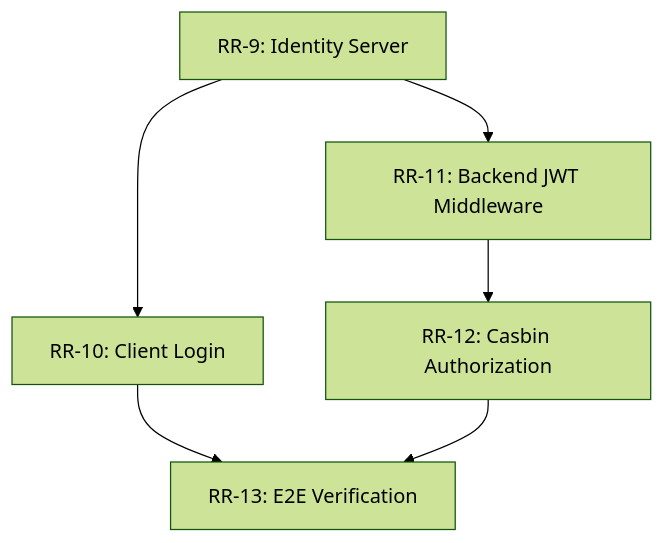
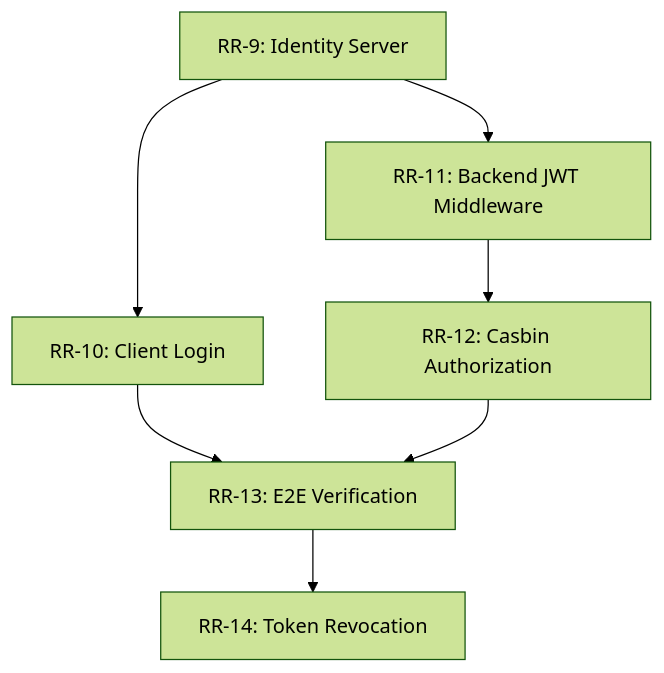
Before and after one commit to dungxbuif/RuntimeRoasters: the diagram in docs/business/sprint2/main.md, drawn with Mermaid (forest theme). The commit also changed other lines of this file and 18 other files, not shown here.

````diff
--- a/docs/business/sprint2/main.md
+++ b/docs/business/sprint2/main.md
@@ -27,8 +28,9 @@
 ```mermaid
 graph TD
     RR9[RR-9: Identity Server] --> RR10[RR-10: Client Login]
     RR9 --> RR11[RR-11: Backend JWT Middleware]
     RR11 --> RR12[RR-12: Casbin Authorization]
     RR10 --> RR13[RR-13: E2E Verification]
     RR12 --> RR13
+    RR13 --> RR14[RR-14: Token Revocation]
 ```
````
